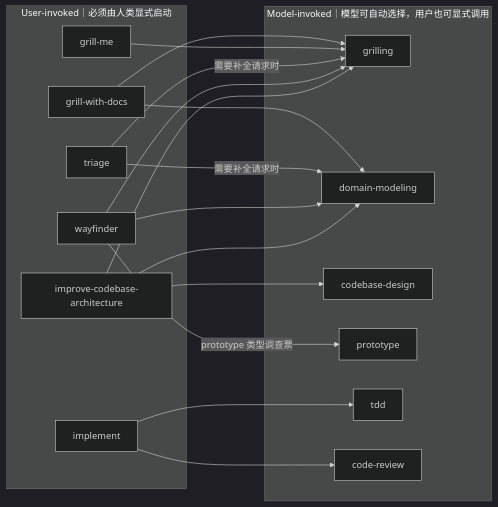
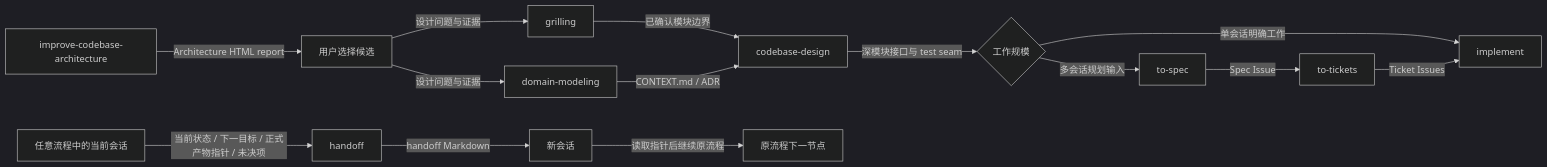
One commit to kangapp/ai-knowledge-base changed the fifth of 5 diagrams in docs/analysis/mattpocock-skills/skills-workflow-diagram.md. Above: the diagram before and after it, drawn with Mermaid (dark theme). The commit also changed other lines of this file, not shown here.

````diff
--- a/docs/analysis/mattpocock-skills/skills-workflow-diagram.md
+++ b/docs/analysis/mattpocock-skills/skills-workflow-diagram.md
@@ -60,34 +197,17 @@
 ```mermaid
 flowchart LR
-    subgraph User["User-invoked｜必须由人类显式启动"]
-        GrillDocs["grill-with-docs"]
-        GrillMe["grill-me"]
-        Triage["triage"]
-        Wayfinder["wayfinder"]
-        Improve["improve-codebase-architecture"]
-        Implement["implement"]
-    end
+    Improve["improve-codebase-architecture"] -->|"Architecture HTML report"| Choose["用户选择候选"]
+    Choose -->|"设计问题与证据"| Grilling["grilling"]
+    Choose -->|"设计问题与证据"| Domain["domain-modeling"]
+    Grilling -->|"已确认模块边界"| Design["codebase-design"]
+    Domain -->|"CONTEXT.md / ADR"| Design
+    Design -->|"深模块接口与 test seam"| Scale{"工作规模"}
+    Scale -->|"单会话明确工作"| Implement["implement"]
+    Scale -->|"多会话规划输入"| ToSpec["to-spec"]
+    ToSpec -->|"Spec Issue"| ToTickets["to-tickets"]
+    ToTickets -->|"Ticket Issues"| Implement
 
-    subgraph Model["Model-invoked｜模型可自动选择，用户也可显式调用"]
-        Grilling["grilling"]
-        Domain["domain-modeling"]
-        Design["codebase-design"]
-        Prototype["prototype"]
-        TDD["tdd"]
-        Review["code-review"]
-    end
-
-    GrillDocs --> Grilling
-    GrillDocs --> Domain
-    GrillMe --> Grilling
-    Triage -->|"需要补全请求时"| Grilling
-    Triage -->|"需要补全请求时"| Domain
-    Wayfinder --> Grilling
-    Wayfinder --> Domain
-    Wayfinder -->|"prototype 类型调查票"| Prototype
-    Improve --> Design
-    Improve --> Grilling
-    Improve --> Domain
-    Implement --> TDD
-    Implement --> Review
+    AnySession["任意流程中的当前会话"] -->|"当前状态 / 下一目标 / 正式产物指针 / 未决项"| Handoff["handoff"]
+    Handoff -->|"handoff Markdown"| NewSession["新会话"]
+    NewSession -->|"读取指针后继续原流程"| Resume["原流程下一节点"]
 ```
````
